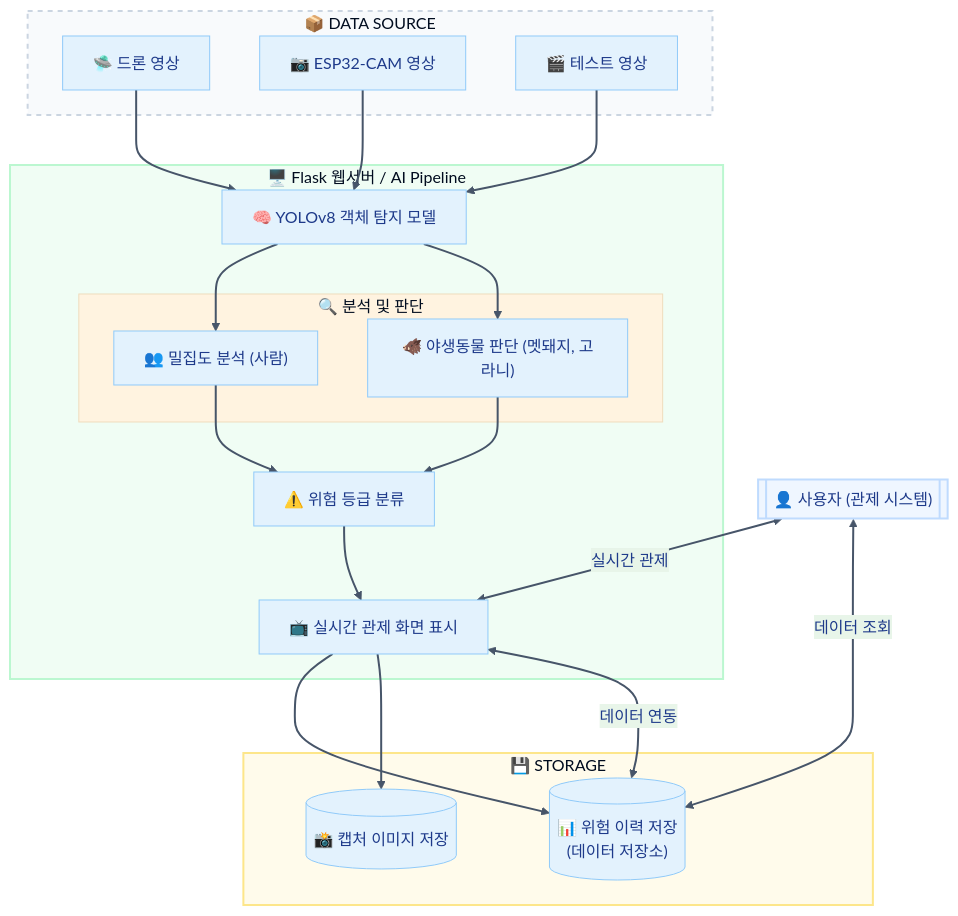
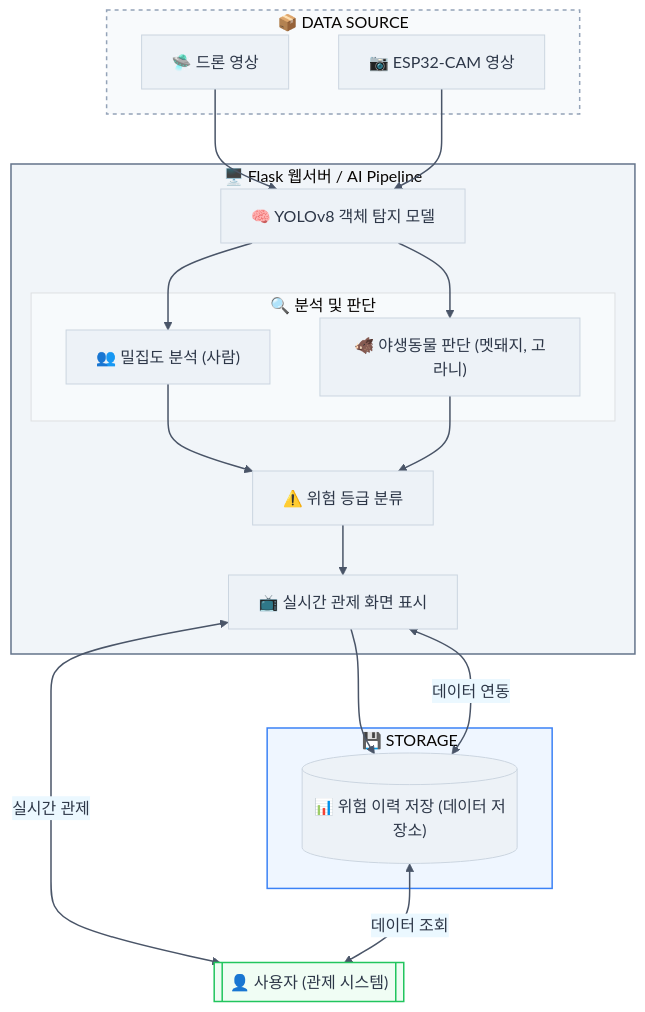
Before and after one commit to Lee-Chaeyeon/diagram: the diagram in README.md, drawn with Mermaid.

Commit message:
Update README.md
불필요한 항목 제거
직선 위주의 깔끔한 배치
정돈된 색감

````diff
--- a/README.md
+++ b/README.md
@@ -3,70 +3,68 @@
 ```mermaid
 %%{init: {
   'theme': 'base',
   'themeVariables': {
-    'primaryColor': '#E3F2FD',
-    'primaryTextColor': '#1E3A8A',
-    'primaryBorderColor': '#90CAF9',
-    'lineColor': '#475569',
-    'secondaryColor': '#E8F5E9',
-    'tertiaryColor': '#FFF3E0'
+    'primaryColor': '#EDF2F7',
+    'primaryTextColor': '#2D3748',
+    'primaryBorderColor': '#CBD5E0',
+    'lineColor': '#4A5568',
+    'secondaryColor': '#EBF8FF',
+    'tertiaryColor': '#F7FAFC'
   }
 }}%%
-graph TB
+graph TD
 
 %% 데이터 소스 영역
 subgraph S1["📦 DATA SOURCE"]
     A1["🛸 드론 영상"]
     A2["📷 ESP32-CAM 영상"]
-    A3["🎬 테스트 영상"]
 end
 
 %% AI 및 분석 서버 영역
 subgraph S2["🖥️ Flask 웹서버 / AI Pipeline"]
     B["🧠 YOLOv8 객체 탐지 모델"]
     
     subgraph S2_1["🔍 분석 및 판단"]
         c1["👥 밀집도 분석 (사람)"]
         c2["🐗 야생동물 판단 (멧돼지, 고라니)"]
     end
     
     D["⚠️ 위험 등급 분류"]
     E["📺 실시간 관제 화면 표시"]
 end
 
 %% 저장소 영역
 subgraph S3["💾 STORAGE"]
-    F1[("📊 위험 이력 저장<br>(데이터 저장소)")]
-    F2[("📸 캡처 이미지 저장")]
+    F1[("📊 위험 이력 저장 (데이터 저장소)")]
 end
 
 %% 사용자 영역
 G[["👤 사용자 (관제 시스템)"]]
 
 %% --- 스타일 지정 ---
-style S1 fill:#F8FAFC,stroke:#CBD5E1,stroke-width:2px,stroke-dasharray: 5 5
-style S2 fill:#F0FDF4,stroke:#BBF7D0,stroke-width:2px
-style S3 fill:#FFFBEB,stroke:#FDE68A,stroke-width:2px
-style G fill:#EFF6FF,stroke:#BFDBFE,stroke-width:2px
+style S1 fill:#F8FAFC,stroke:#94A3B8,stroke-width:1.5px,stroke-dasharray: 4 4
+style S2 fill:#F1F5F9,stroke:#64748B,stroke-width:1.5px
+style S3 fill:#EFF6FF,stroke:#3B82F6,stroke-width:1.5px
+style G fill:#F0FDF4,stroke:#22C55E,stroke-width:1.5px
 
-%% --- 데이터 흐름 및 연결 관계 ---
+%% --- 데이터 흐름 고정 및 연결 (선 꼬임 방지) ---
 A1 --> B
 A2 --> B
-A3 --> B
 
-B ==> c1
-B ==> c2
-c1 ==> D
-c2 ==> D
-D ==> E
+B --> c1
+B --> c2
+
+c1 --> D
+c2 --> D
+D --> E
 
 E --> F1
-E --> F2
 
-G <-->|실시간 관제| E
-G <-->|데이터 조회| F1
+%% 사용자 및 연동 흐름을 우측 배치 유도
+E <-->|실시간 관제| G
+F1 <-->|데이터 조회| G
 F1 <-->|데이터 연동| E
 
 %% 화살표 스타일
-linkStyle default stroke:#475569,stroke-width:2px;
+linkStyle default stroke:#4A5568,stroke-width:1.5px;
 ```
````
